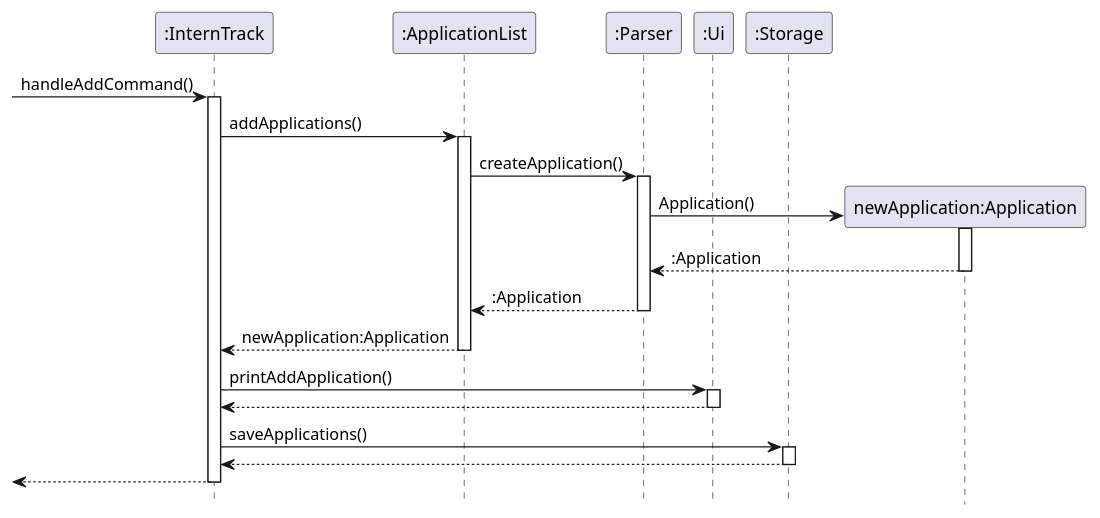
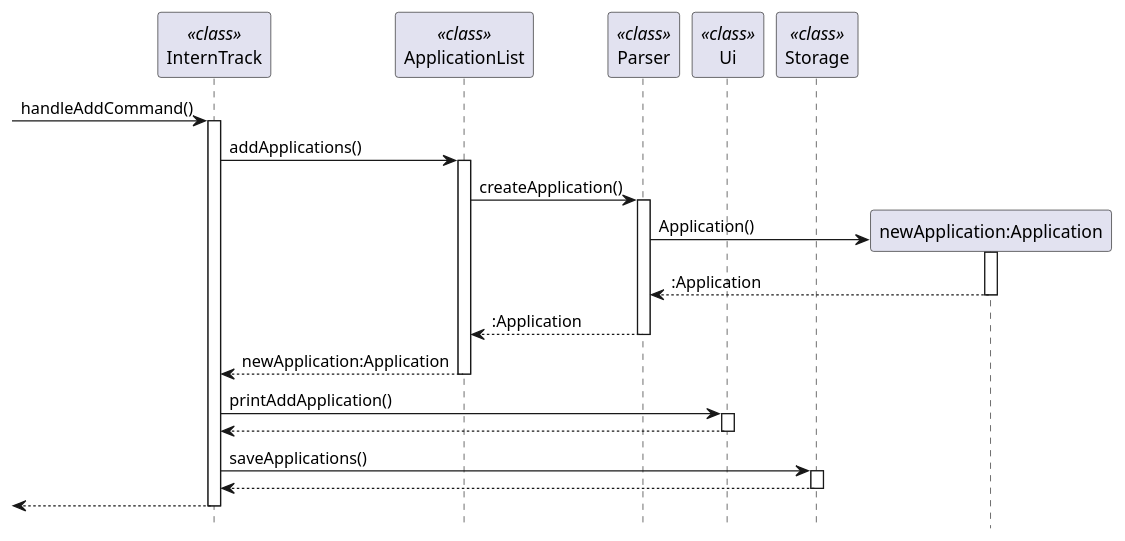
The diagram in docs/diagrams/add_sequence_diag.puml (BaoLam194/tp), drawn with PlantUML before and after one commit. The commit also changed 6 other files, not shown here.

Commit message:
Update sequence diagrams to accurately reflect static methods

```diff
--- a/docs/diagrams/add_sequence_diag.puml
+++ b/docs/diagrams/add_sequence_diag.puml
@@ -1,44 +1,44 @@
 @startuml
 hide footbox
 
-participant ":InternTrack" as InternTrack
-participant ":ApplicationList" as ApplicationList
-participant ":Parser" as Parser
-participant ":Ui" as Ui
-participant ":Storage" as Storage
+participant "InternTrack" as InternTrack <<class>>
+participant "ApplicationList" as ApplicationList <<class>>
+participant "Parser" as Parser <<class>>
+participant "Ui" as Ui <<class>>
+participant "Storage" as Storage <<class>>
 
 [-> InternTrack : handleAddCommand()
 activate InternTrack
 
 InternTrack -> ApplicationList : addApplications()
 activate ApplicationList
 
 ApplicationList -> Parser : createApplication()
 activate Parser
 
 create "newApplication:Application" as Application
 Parser -> Application : Application()
 activate Application
 Application --> Parser ::Application
 deactivate Application
 
 Parser --> ApplicationList : :Application
 deactivate Parser
 
 ApplicationList --> InternTrack : newApplication:Application
 deactivate ApplicationList
 
 InternTrack -> Ui : printAddApplication()
 activate Ui
 Ui --> InternTrack
 deactivate Ui
 
 InternTrack -> Storage : saveApplications()
 activate Storage
 Storage --> InternTrack
 deactivate Storage
 
 [<-- InternTrack
 deactivate InternTrack
 
 @enduml
```
